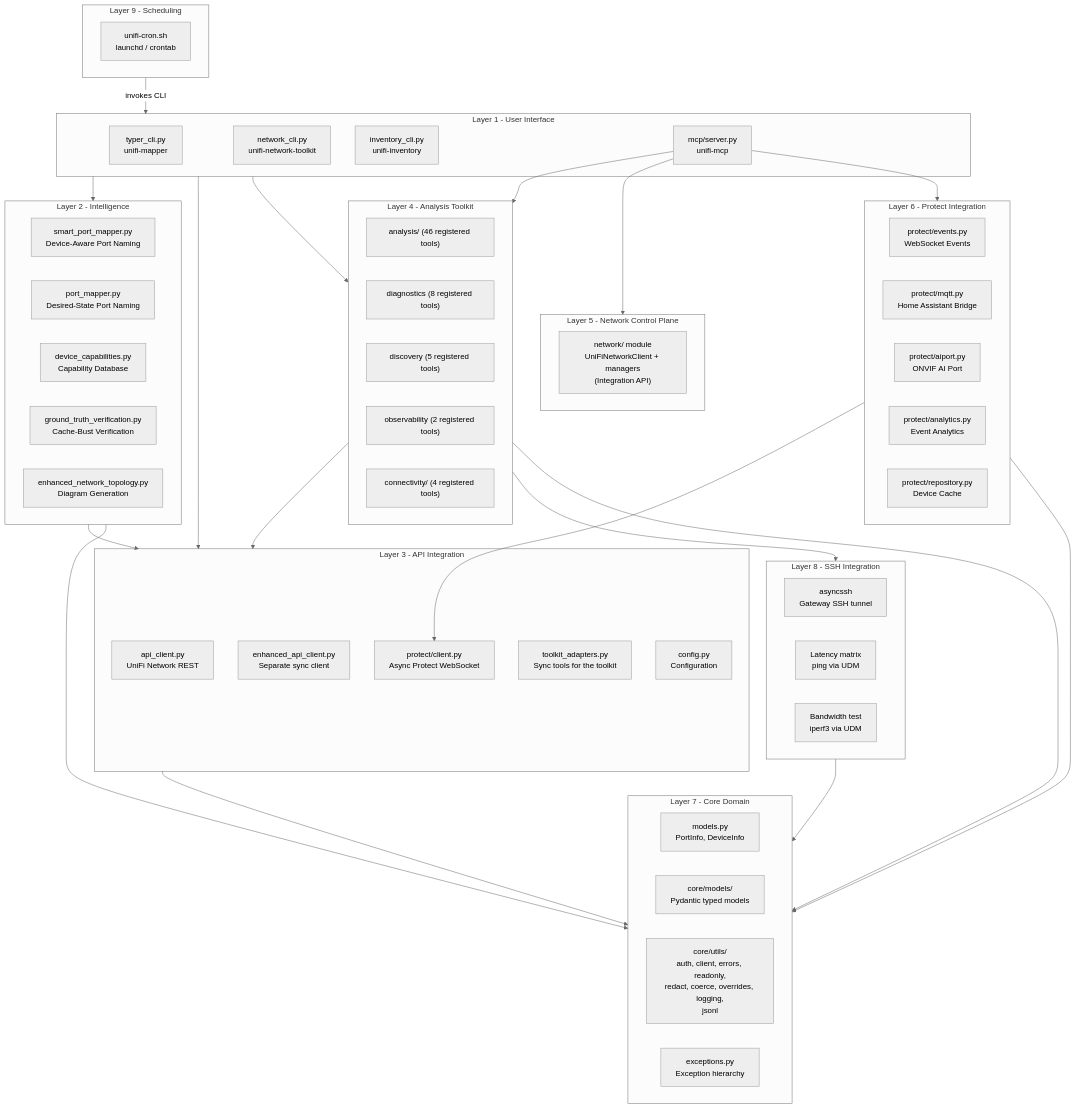
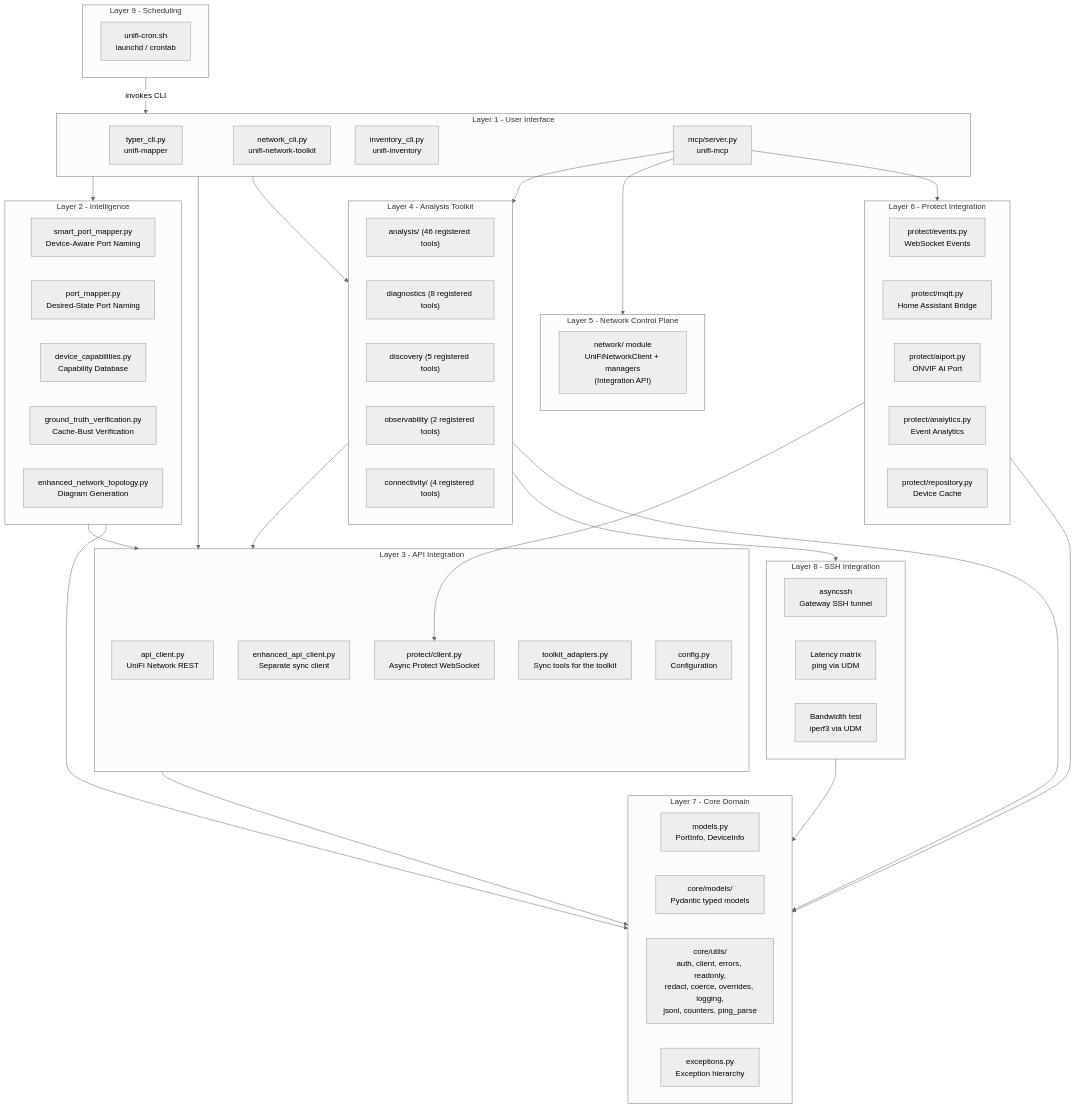
Before and after one commit to NetDevAutomate/unifi_management_cli: the first of 21 diagrams in docs/architecture/architecture-overview.md, drawn with Mermaid (neutral theme). The commit also changed other lines of this file and 9 other files, not shown here.

First line of the commit message:
feat(core): add reset-aware VAP counters, a ping parser and UniFiClient.build_v2_path

````diff
--- a/docs/architecture/architecture-overview.md
+++ b/docs/architecture/architecture-overview.md
@@ -55,79 +55,79 @@
 ```mermaid
 graph TB
     subgraph UI["Layer 1 - User Interface"]
         TC["typer_cli.py\nunifi-mapper"]
         NC["network_cli.py\nunifi-network-toolkit"]
         IC["inventory_cli.py\nunifi-inventory"]
         MCP["mcp/server.py\nunifi-mcp"]
     end
 
     subgraph SCHED["Layer 9 - Scheduling"]
         CRON["unifi-cron.sh\nlaunchd / crontab"]
     end
 
     subgraph INT["Layer 2 - Intelligence"]
         SPM["smart_port_mapper.py\nDevice-Aware Port Naming"]
         PM["port_mapper.py\nDesired-State Port Naming"]
         DC["device_capabilities.py\nCapability Database"]
         GTV["ground_truth_verification.py\nCache-Bust Verification"]
         NT["enhanced_network_topology.py\nDiagram Generation"]
     end
 
     subgraph API["Layer 3 - API Integration"]
         AC["api_client.py\nUniFi Network REST"]
         EAC["enhanced_api_client.py\nSeparate sync client"]
         PC["protect/client.py\nAsync Protect WebSocket"]
         TA["toolkit_adapters.py\nSync tools for the toolkit"]
         CFG["config.py\nConfiguration"]
     end
 
     subgraph AT["Layer 4 - Analysis Toolkit"]
         AN["analysis/ (46 registered tools)"]
         DG["diagnostics (8 registered tools)"]
         DS["discovery (5 registered tools)"]
         OB["observability (2 registered tools)"]
         CN["connectivity/ (4 registered tools)"]
     end
 
     subgraph SSH["Layer 8 - SSH Integration"]
         SSHL["asyncssh\nGateway SSH tunnel"]
         PING["Latency matrix\nping via UDM"]
         IPERF["Bandwidth test\niperf3 via UDM"]
     end
 
     subgraph NCP["Layer 5 - Network Control Plane"]
         NW["network/ module\nUniFiNetworkClient + managers\n(Integration API)"]
     end
 
     subgraph PR["Layer 6 - Protect Integration"]
         PE["protect/events.py\nWebSocket Events"]
         PQ["protect/mqtt.py\nHome Assistant Bridge"]
         PAI["protect/aiport.py\nONVIF AI Port"]
         PAN["protect/analytics.py\nEvent Analytics"]
         PRE["protect/repository.py\nDevice Cache"]
     end
 
     subgraph CD["Layer 7 - Core Domain"]
         MD["models.py\nPortInfo, DeviceInfo"]
         CM["core/models/\nPydantic typed models"]
-        CU["core/utils/\nauth, client, errors, readonly,\nredact, coerce, overrides, logging,\njsonl"]
+        CU["core/utils/\nauth, client, errors, readonly,\nredact, coerce, overrides, logging,\njsonl, counters, ping_parse"]
         EX["exceptions.py\nException hierarchy"]
     end
 
     SCHED -->|"invokes CLI"| UI
     UI --> INT
     UI --> API
     UI --> AT
     INT --> API
     INT --> CD
     API --> CD
     AT --> API
     AT --> SSH
     AT --> CD
     PR --> PC
     PR --> CD
     MCP --> AT
     MCP --> NCP
     MCP --> PR
     SSH --> CD
 ```
````
